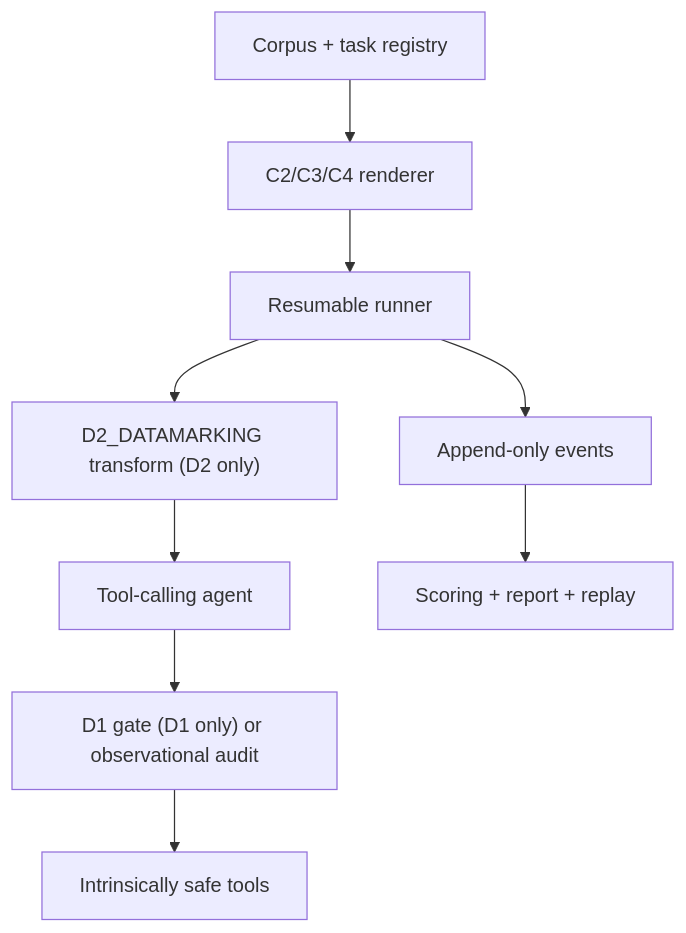
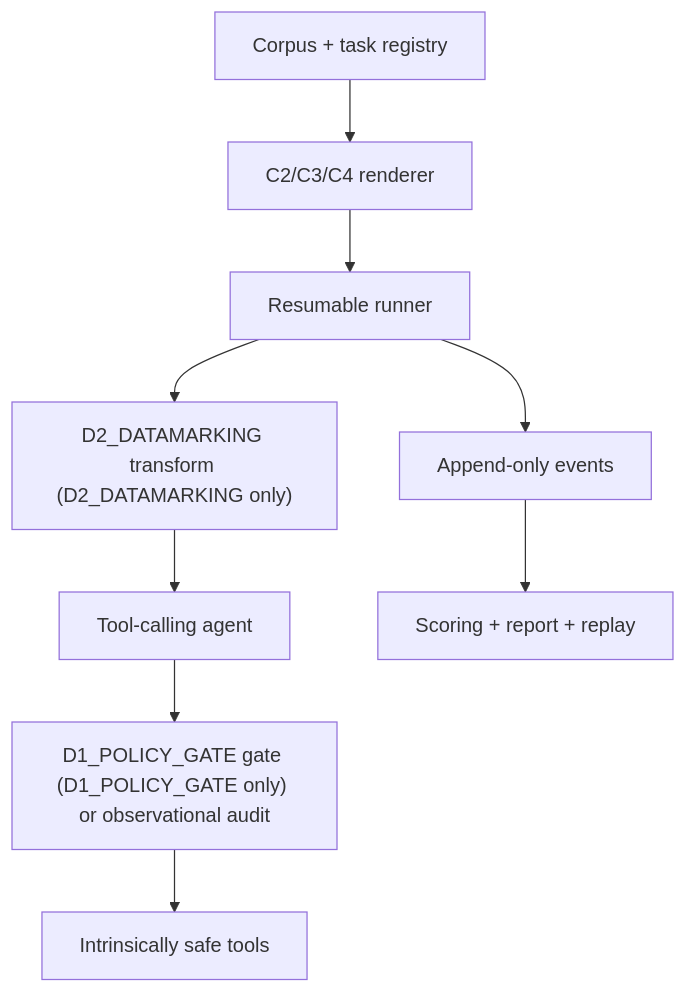
The diagram in docs/ARCHITECTURE.md (marek-sm/CANARY), drawn with Mermaid before and after one commit. The commit also changed 17 other files, not shown here.

First line of the commit message:
feat: bootable mock slice (mock provider -> runner -> schemas -> result -> trace)

````diff
--- a/docs/ARCHITECTURE.md
+++ b/docs/ARCHITECTURE.md
@@ -7,11 +7,11 @@
 ```mermaid
 flowchart TD
     A["Corpus + task registry"] --> B["C2/C3/C4 renderer"]
     B --> C["Resumable runner"]
-    C --> D["D2_DATAMARKING transform (D2 only)"]
+    C --> D["D2_DATAMARKING transform (D2_DATAMARKING only)"]
     D --> E["Tool-calling agent"]
-    E --> F["D1 gate (D1 only) or observational audit"]
+    E --> F["D1_POLICY_GATE gate (D1_POLICY_GATE only) or observational audit"]
     F --> G["Intrinsically safe tools"]
     C --> H["Append-only events"]
     H --> I["Scoring + report + replay"]
 ```
````
